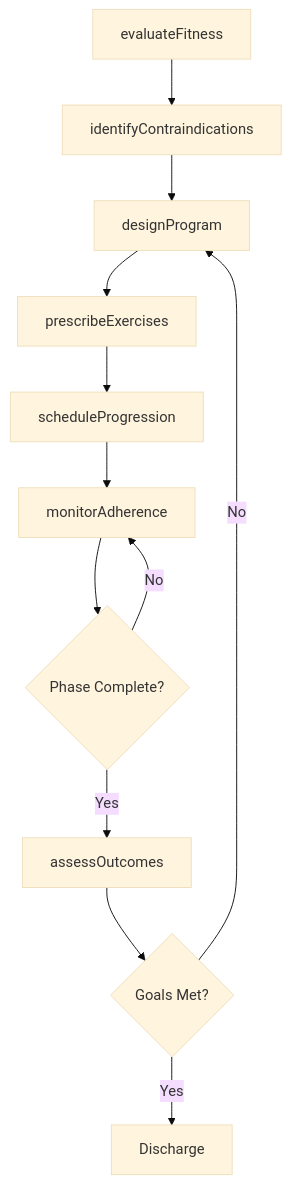
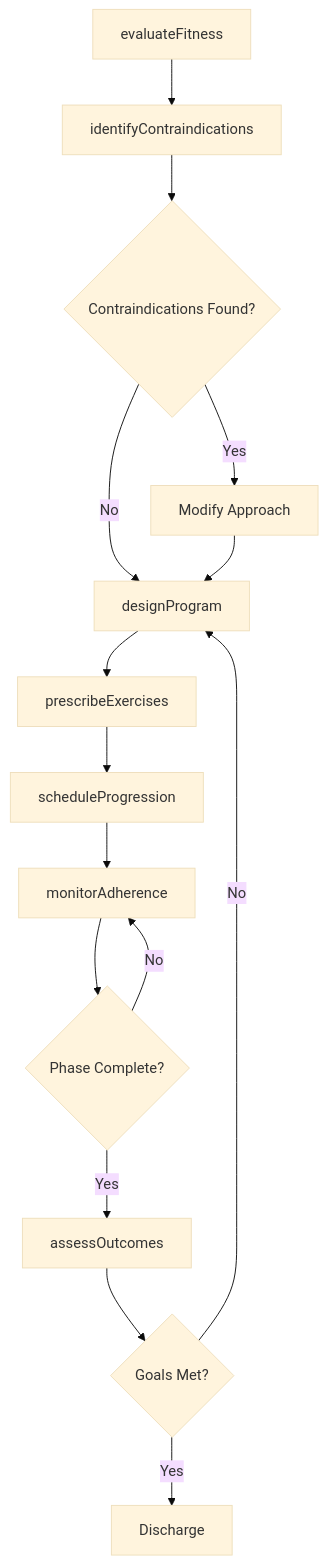
The third of 4 diagrams in ThinkingCreatively/DevelopPatientOrClientCareOrTreatmentPlans/DevelopExerciseConditioningPrograms.mdx (dot-org-ai/tasks.org.ai), drawn with Mermaid (base theme) before and after one commit. The commit also changed other lines of this file and 504 other files, not shown here.

First line of the commit message:
feat: Add ER diagrams, state diagrams, and workflow improvements to 96 DWA task files

````diff
--- a/ThinkingCreatively/DevelopPatientOrClientCareOrTreatmentPlans/DevelopExerciseConditioningPrograms.mdx
+++ b/ThinkingCreatively/DevelopPatientOrClientCareOrTreatmentPlans/DevelopExerciseConditioningPrograms.mdx
@@ -86,14 +116,17 @@
 ```mermaid
 graph TD
     A[evaluateFitness] --> B[identifyContraindications]
-    B --> C[designProgram]
-    C --> D[prescribeExercises]
-    D --> E[scheduleProgression]
-    E --> F[monitorAdherence]
-    F --> G{Phase Complete?}
-    G -->|Yes| H[assessOutcomes]
-    G -->|No| F
-    H --> I{Goals Met?}
-    I -->|No| C
-    I -->|Yes| J[Discharge]
+    B --> C{Contraindications Found?}
+    C -->|Yes| D[Modify Approach]
+    C -->|No| E[designProgram]
+    D --> E
+    E --> F[prescribeExercises]
+    F --> G[scheduleProgression]
+    G --> H[monitorAdherence]
+    H --> I{Phase Complete?}
+    I -->|No| H
+    I -->|Yes| J[assessOutcomes]
+    J --> K{Goals Met?}
+    K -->|No| E
+    K -->|Yes| L[Discharge]
 ```
````
